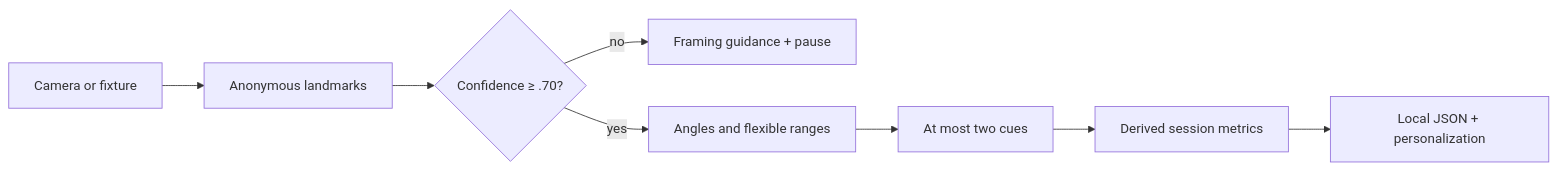
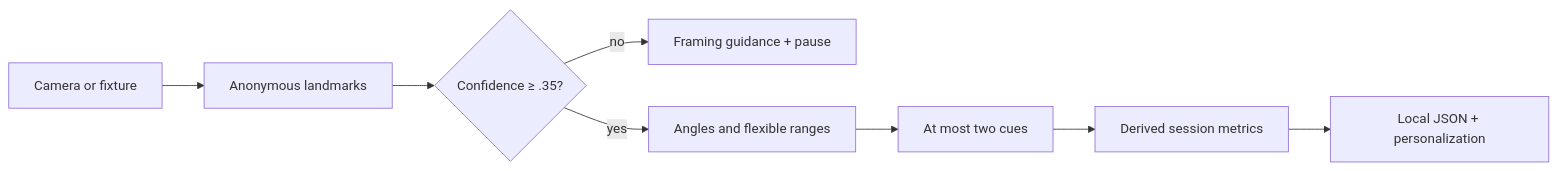
Before and after one commit to darcy0408/saha-yoga-coach: the diagram in docs/architecture.md, drawn with Mermaid. The commit also changed other lines of this file and 2 other files, not shown here.

````diff
--- a/docs/architecture.md
+++ b/docs/architecture.md
@@ -13,10 +17,10 @@
 ```mermaid
 flowchart LR
   C[Camera or fixture] --> L[Anonymous landmarks]
-  L --> G{Confidence ≥ .70?}
+  L --> G{Confidence ≥ .35?}
   G -- no --> F[Framing guidance + pause]
   G -- yes --> A[Angles and flexible ranges]
   A --> K[At most two cues]
   K --> M[Derived session metrics]
   M --> P[Local JSON + personalization]
 ```
````
